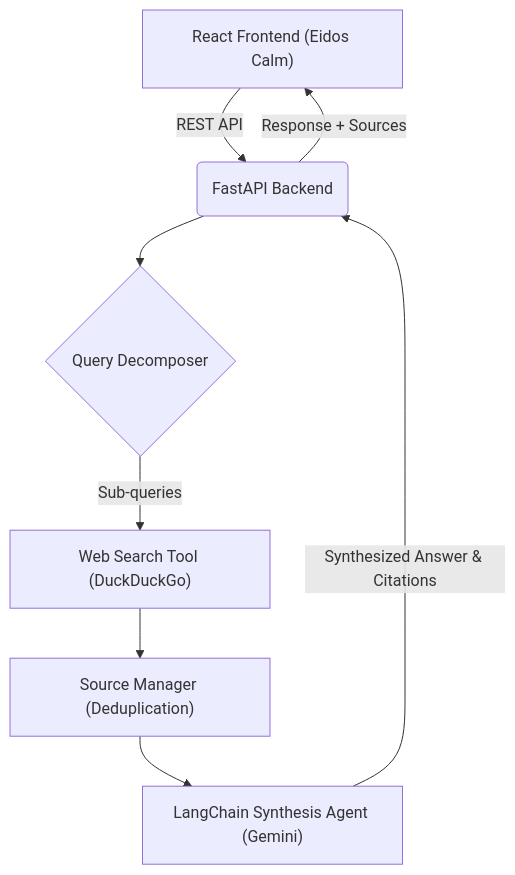
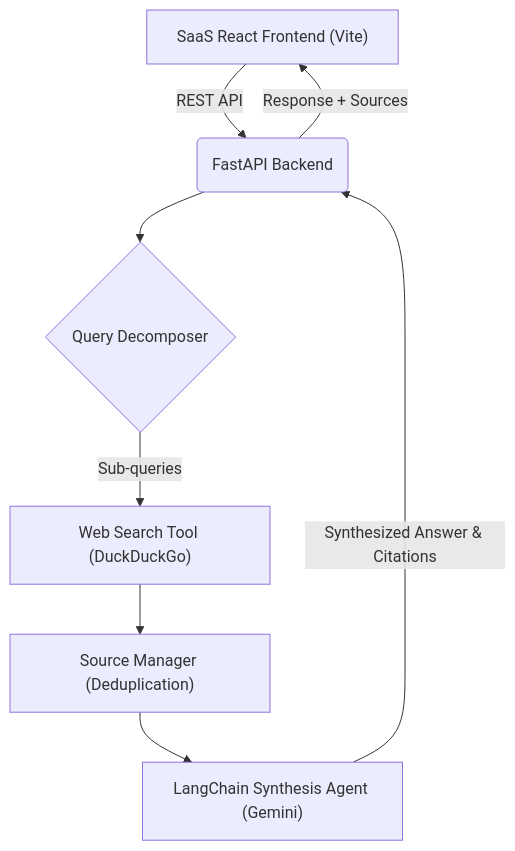
One commit to omg0014/RAGFlow changed the diagram in README.md. Above: the diagram before and after it, drawn with Mermaid. The commit also changed other lines of this file, not shown here.

Commit message:
docs: professional README overhaul for SaaS upgrade

````diff
--- a/README.md
+++ b/README.md
@@ -7,10 +26,10 @@
 ```mermaid
 graph TD
-    A["React Frontend (Eidos Calm)"] -->|REST API| B("FastAPI Backend")
+    A["SaaS React Frontend (Vite)"] -->|REST API| B("FastAPI Backend")
     B --> C{"Query Decomposer"}
     C -->|"Sub-queries"| D["Web Search Tool (DuckDuckGo)"]
     D --> E["Source Manager (Deduplication)"]
     E --> F["LangChain Synthesis Agent (Gemini)"]
     F -->|"Synthesized Answer & Citations"| B
     B -->|"Response + Sources"| A
 ```
````
